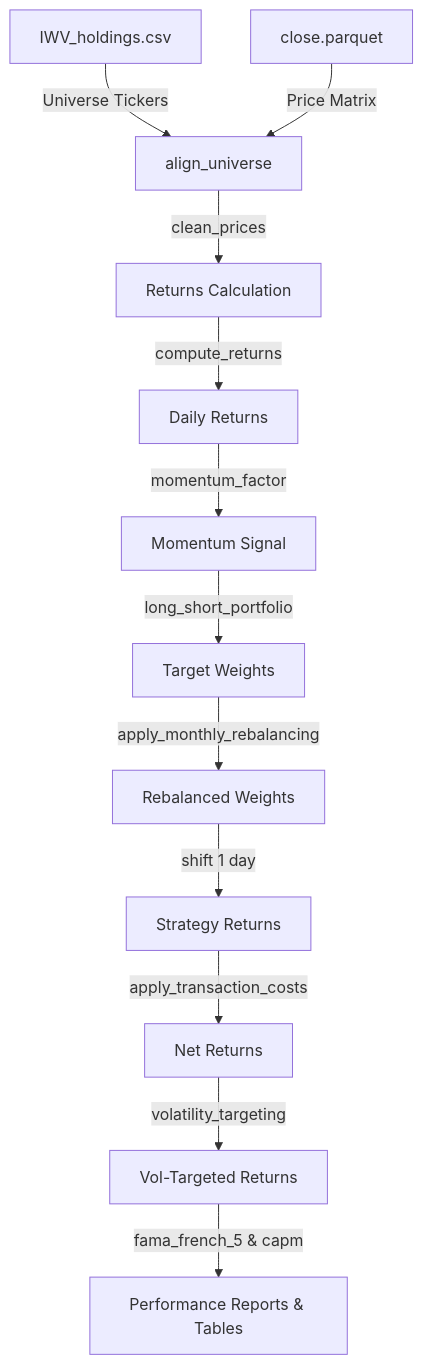
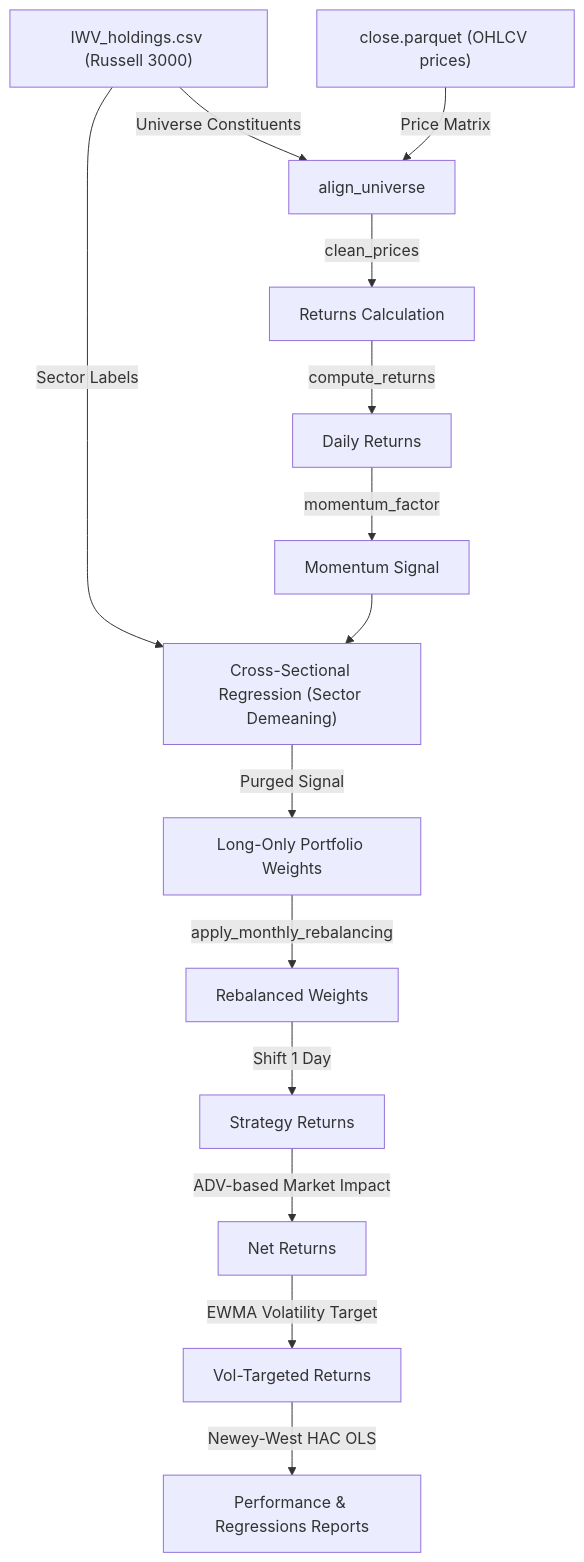
The diagram in README.md (gkompo/empirical-asset-pricing-momentum), drawn with Mermaid before and after one commit. The commit also changed other lines of this file and 11 other files, not shown here.

````diff
--- a/README.md
+++ b/README.md
@@ -134,14 +9,16 @@
 ```mermaid
 graph TD
-    A[IWV_holdings.csv] -->|Universe Tickers| C[align_universe]
-    B[close.parquet] -->|Price Matrix| C
+    A["IWV_holdings.csv (Russell 3000)"] -->|Sector Labels| G[Sector Neutralization]
+    A -->|Universe Constituents| C[align_universe]
+    B["close.parquet (OHLCV prices)"] -->|Price Matrix| C
     C -->|clean_prices| D[Returns Calculation]
     D -->|compute_returns| E[Daily Returns]
     E -->|momentum_factor| F[Momentum Signal]
-    F -->|long_short_portfolio| G[Target Weights]
-    G -->|apply_monthly_rebalancing| H[Rebalanced Weights]
-    H -->|shift 1 day| I[Strategy Returns]
-    I -->|apply_transaction_costs| J[Net Returns]
-    J -->|volatility_targeting| K[Vol-Targeted Returns]
-    K -->|fama_french_5 & capm| L[Performance Reports & Tables]
+    F --> G["Cross-Sectional Regression (Sector Demeaning)"]
+    G -->|Purged Signal| H[Long-Only Portfolio Weights]
+    H -->|apply_monthly_rebalancing| I[Rebalanced Weights]
+    I -->|Shift 1 Day| J[Strategy Returns]
+    J -->|ADV-based Market Impact| K[Net Returns]
+    K -->|EWMA Volatility Target| L[Vol-Targeted Returns]
+    L -->|Newey-West HAC OLS| M[Performance & Regressions Reports]
 ```
````
